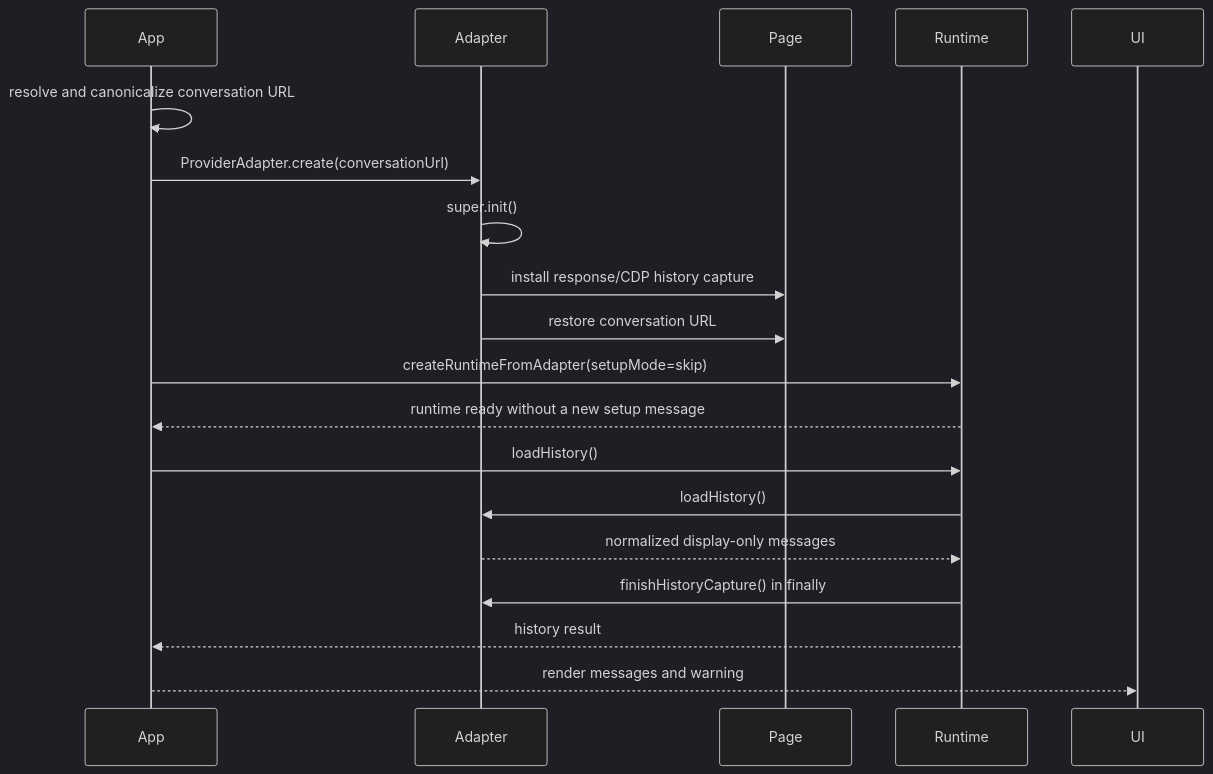
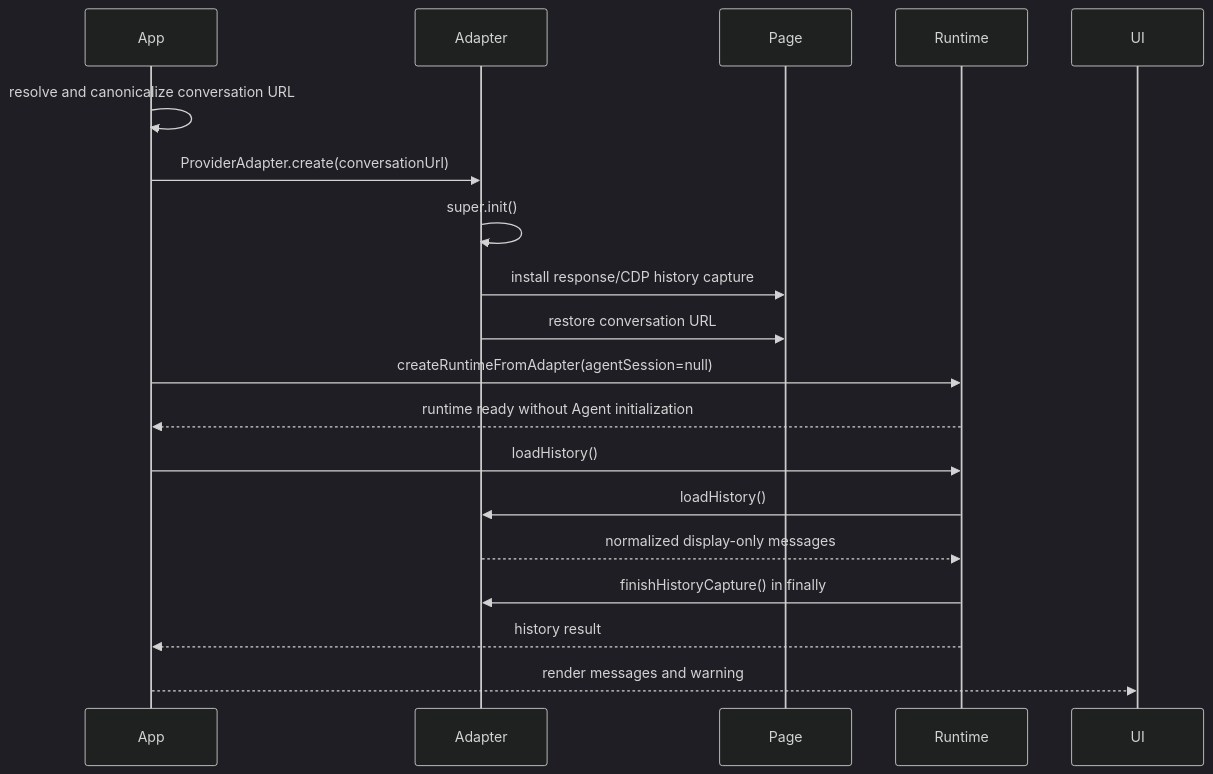
Before and after one commit to kabxx/portal: the second of 2 diagrams in docs/development/provider-development.md, drawn with Mermaid (dark theme). The commit also changed other lines of this file and 89 other files, not shown here.

````diff
--- a/docs/development/provider-development.md
+++ b/docs/development/provider-development.md
@@ -72,22 +72,22 @@
 ```mermaid
 sequenceDiagram
     participant App
     participant Adapter
     participant Page
     participant Runtime
     participant UI
 
     App->>App: resolve and canonicalize conversation URL
     App->>Adapter: ProviderAdapter.create(conversationUrl)
     Adapter->>Adapter: super.init()
     Adapter->>Page: install response/CDP history capture
     Adapter->>Page: restore conversation URL
-    App->>Runtime: createRuntimeFromAdapter(setupMode=skip)
-    Runtime-->>App: runtime ready without a new setup message
+    App->>Runtime: createRuntimeFromAdapter(agentSession=null)
+    Runtime-->>App: runtime ready without Agent initialization
     App->>Runtime: loadHistory()
     Runtime->>Adapter: loadHistory()
     Adapter-->>Runtime: normalized display-only messages
     Runtime->>Adapter: finishHistoryCapture() in finally
     Runtime-->>App: history result
     App-->>UI: render messages and warning
 ```
````
